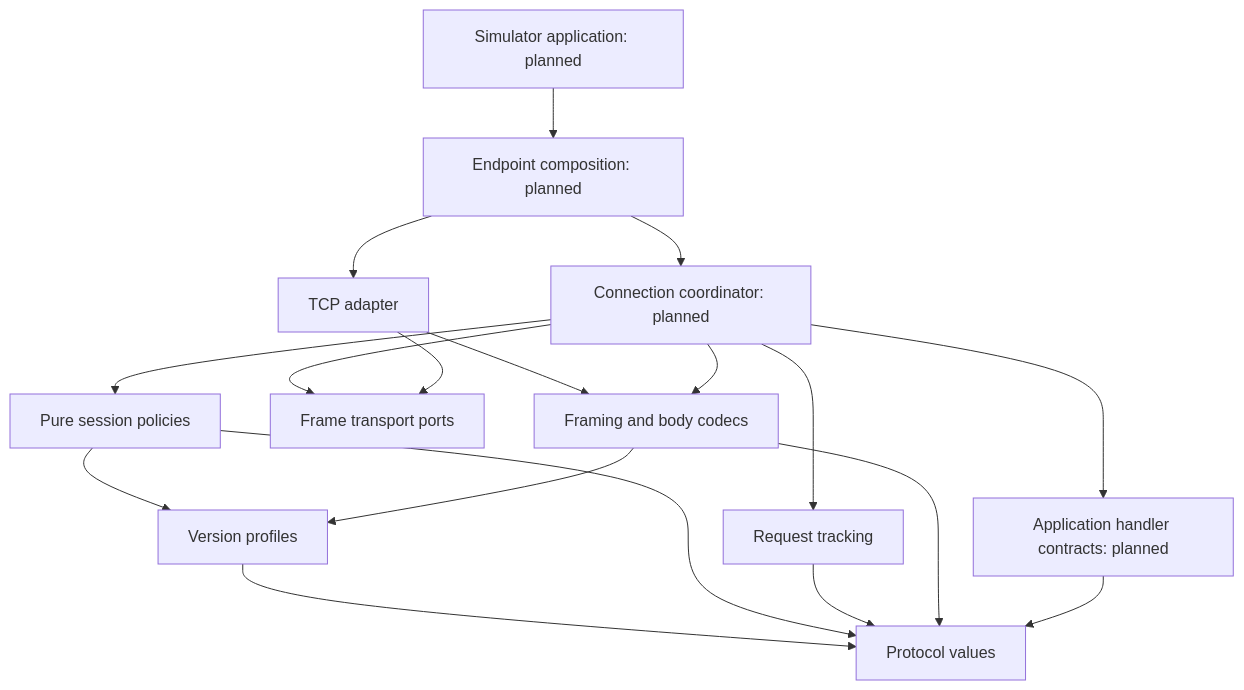
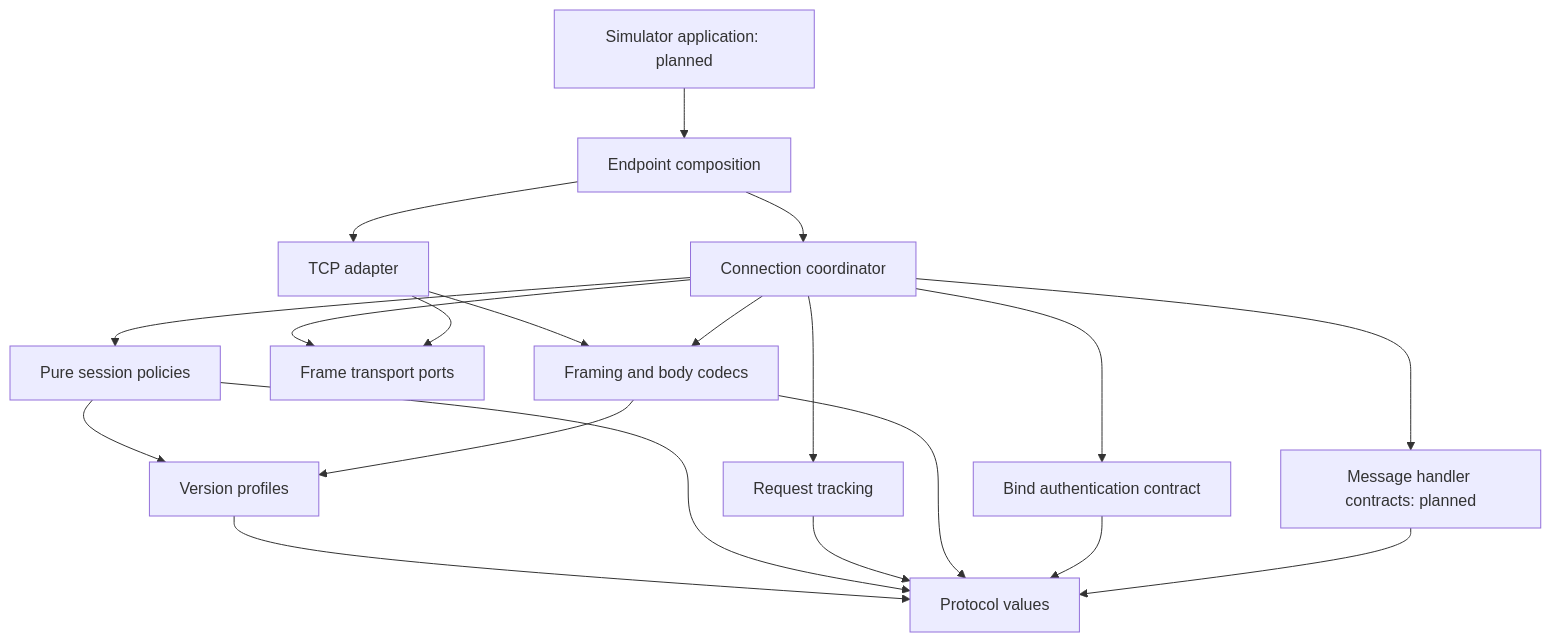
Before and after one commit to AidarbekMetinov/lightweight-smpp: the diagram in docs/API.md, drawn with Mermaid. The commit also changed other lines of this file and 42 other files, not shown here.

````diff
--- a/docs/API.md
+++ b/docs/API.md
@@ -244,20 +202,22 @@
 ```mermaid
 flowchart TD
-    Sim[Simulator application: planned] --> Api[Endpoint composition: planned]
-    Api --> Core[Connection coordinator: planned]
+    Sim[Simulator application: planned] --> Api[Endpoint composition]
+    Api --> Core[Connection coordinator]
     Api --> Transport[TCP adapter]
     Core --> Policies[Pure session policies]
     Core --> Requests[Request tracking]
     Core --> Ports[Frame transport ports]
     Transport --> Ports
     Transport --> Codec[Framing and body codecs]
     Core --> Codec
     Policies --> Profiles[Version profiles]
     Codec --> Profiles
     Profiles --> Values[Protocol values]
     Policies --> Values
     Requests --> Values
     Codec --> Values
-    Core --> Handlers[Application handler contracts: planned]
+    Core --> Auth[Bind authentication contract]
+    Auth --> Values
+    Core --> Handlers[Message handler contracts: planned]
     Handlers --> Values
 ```
````
